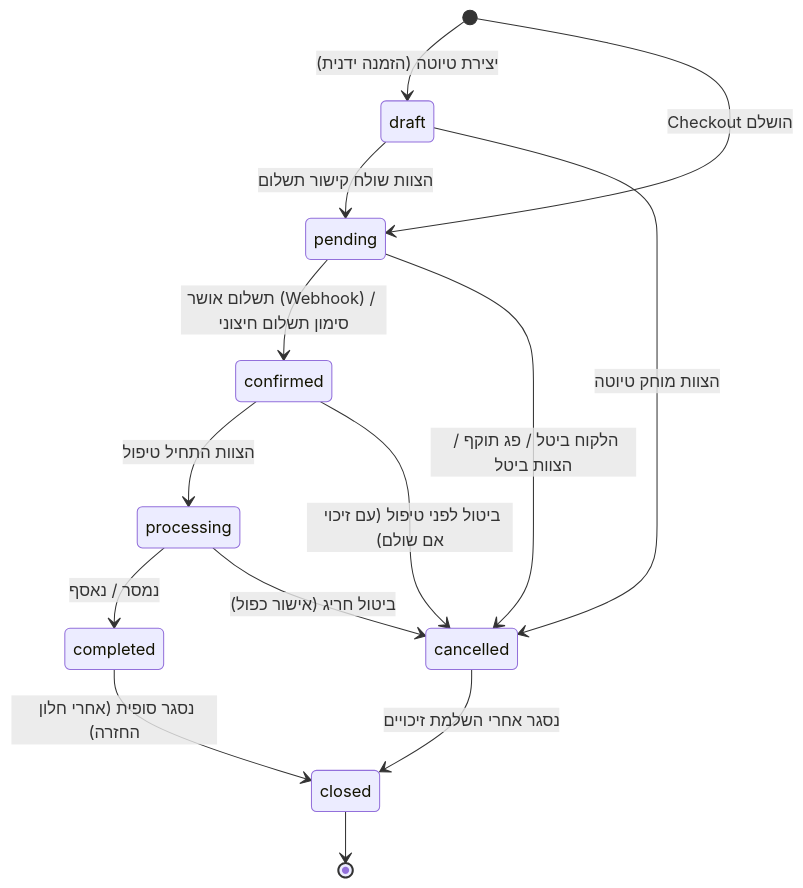
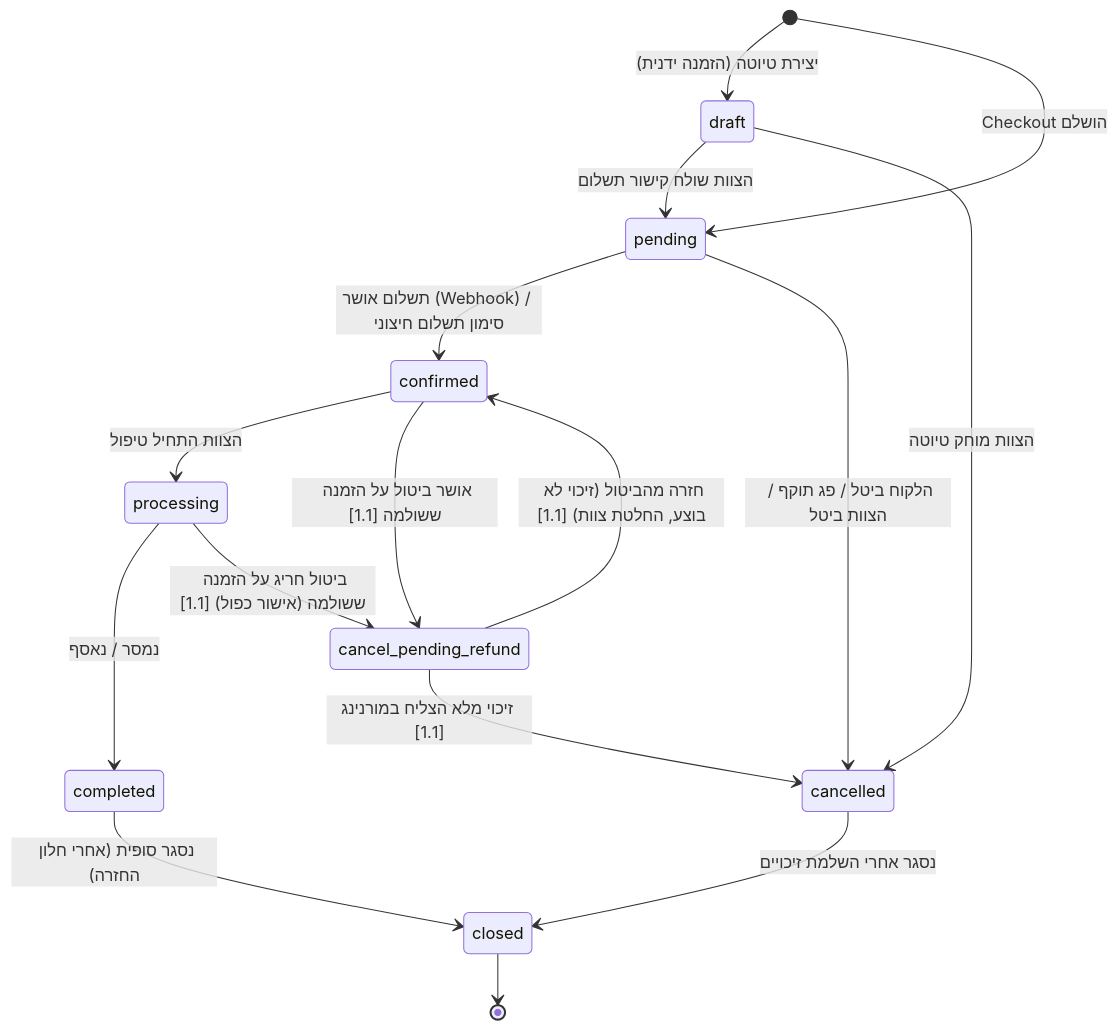
One commit to peilut2017-sketch/kerenreem changed the first of 22 diagrams in docs/commerce/commerce-flows.md. Above: the diagram before and after it, drawn with Mermaid. The commit also changed other lines of this file and 8 other files, not shown here.

````diff
--- a/docs/commerce/commerce-flows.md
+++ b/docs/commerce/commerce-flows.md
@@ -38,16 +40,18 @@
 ```mermaid
 stateDiagram-v2
     [*] --> draft: יצירת טיוטה (הזמנה ידנית)
     [*] --> pending: Checkout הושלם
     draft --> pending: הצוות שולח קישור תשלום
     draft --> cancelled: הצוות מוחק טיוטה
     pending --> confirmed: תשלום אושר (Webhook) / סימון תשלום חיצוני
     pending --> cancelled: הלקוח ביטל / פג תוקף / הצוות ביטל
     confirmed --> processing: הצוות התחיל טיפול
     processing --> completed: נמסר / נאסף
-    confirmed --> cancelled: ביטול לפני טיפול (עם זיכוי אם שולם)
-    processing --> cancelled: ביטול חריג (אישור כפול)
+    confirmed --> cancel_pending_refund: אושר ביטול על הזמנה ששולמה [1.1]
+    processing --> cancel_pending_refund: ביטול חריג על הזמנה ששולמה (אישור כפול) [1.1]
+    cancel_pending_refund --> cancelled: זיכוי מלא הצליח במורנינג [1.1]
+    cancel_pending_refund --> confirmed: חזרה מהביטול (זיכוי לא בוצע, החלטת צוות) [1.1]
     completed --> closed: נסגר סופית (אחרי חלון החזרה)
     cancelled --> closed: נסגר אחרי השלמת זיכויים
     closed --> [*]
 ```
````
